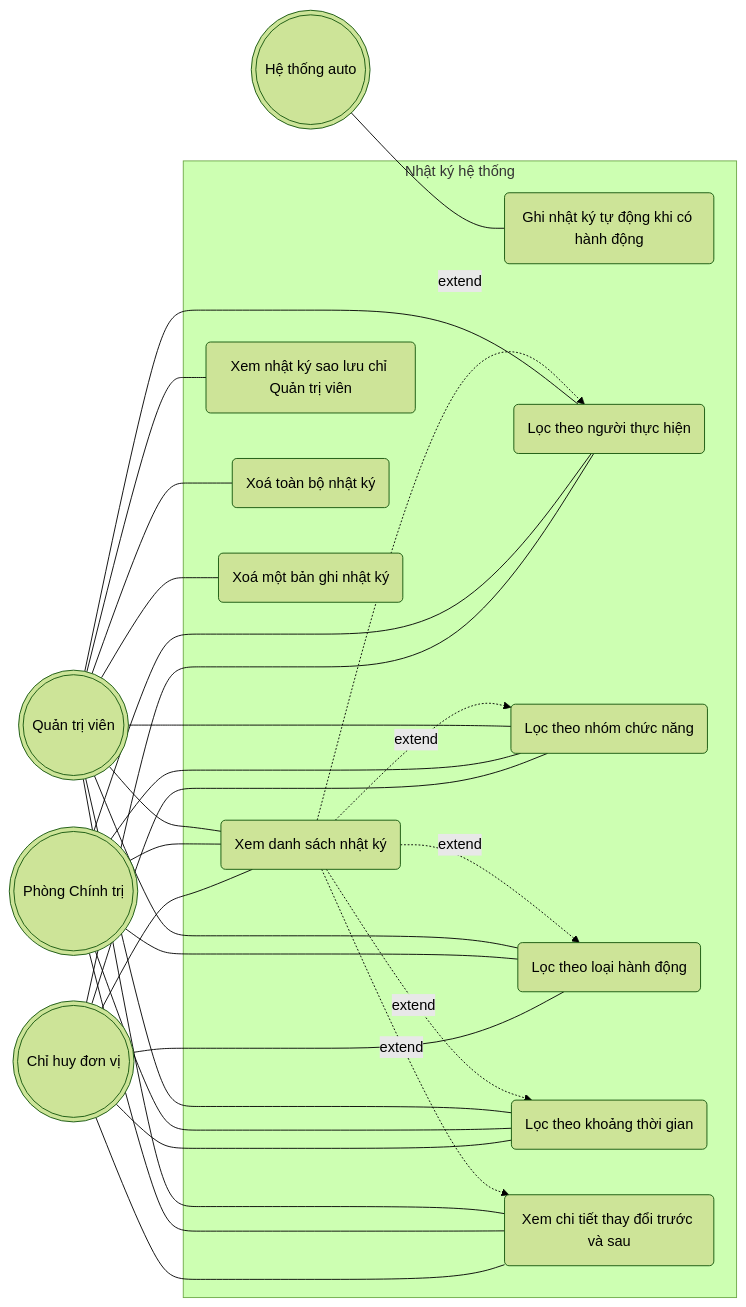
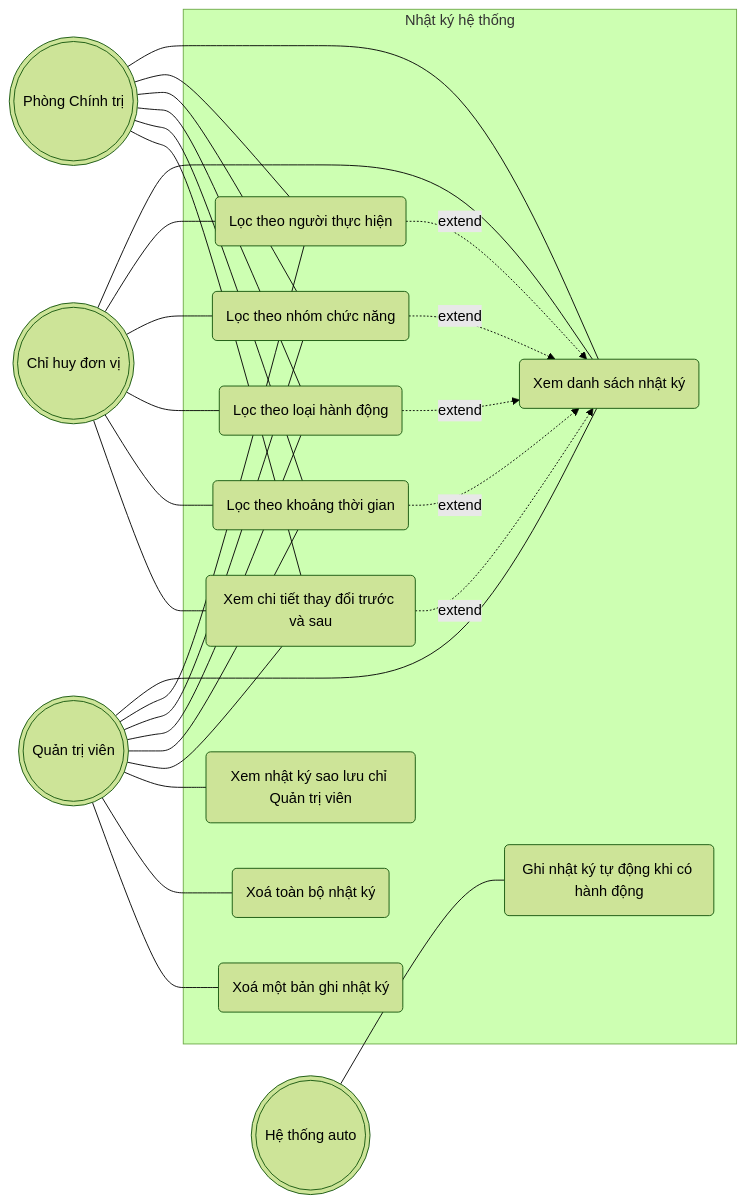
Diagram 12 of 15 in docs/diagrams/01-use-case.md (tranducbk/DATN_PM_QLKT), drawn with Mermaid (forest theme) before and after one commit. The commit also changed other lines of this file and 69 other files, not shown here.

````diff
--- a/docs/diagrams/01-use-case.md
+++ b/docs/diagrams/01-use-case.md
@@ -578,52 +600,52 @@
 ```mermaid
 flowchart LR
     SA(((Quản trị viên)))
     AD(((Phòng Chính trị)))
     MG(((Chỉ huy đơn vị)))
     SYSTEM(((Hệ thống auto)))
 
     subgraph SYS[Nhật ký hệ thống]
         UC1(Ghi nhật ký tự động khi có hành động)
         UC2(Xem danh sách nhật ký)
         UC3(Lọc theo người thực hiện)
         UC4(Lọc theo nhóm chức năng)
         UC5(Lọc theo loại hành động)
         UC6(Lọc theo khoảng thời gian)
         UC7(Xem chi tiết thay đổi trước và sau)
         UC8(Xem nhật ký sao lưu chỉ Quản trị viên)
         UC9(Xoá toàn bộ nhật ký)
         UC10(Xoá một bản ghi nhật ký)
 
-        UC2 -.->|extend| UC3
-        UC2 -.->|extend| UC4
-        UC2 -.->|extend| UC5
-        UC2 -.->|extend| UC6
-        UC2 -.->|extend| UC7
+        UC3 -.->|extend| UC2
+        UC4 -.->|extend| UC2
+        UC5 -.->|extend| UC2
+        UC6 -.->|extend| UC2
+        UC7 -.->|extend| UC2
     end
 
     SYSTEM --- UC1
 
     SA --- UC2
     SA --- UC3
     SA --- UC4
     SA --- UC5
     SA --- UC6
     SA --- UC7
     SA --- UC8
     SA --- UC9
     SA --- UC10
 
     AD --- UC2
     AD --- UC3
     AD --- UC4
     AD --- UC5
     AD --- UC6
     AD --- UC7
 
     MG --- UC2
     MG --- UC3
     MG --- UC4
     MG --- UC5
     MG --- UC6
     MG --- UC7
 ```
````
